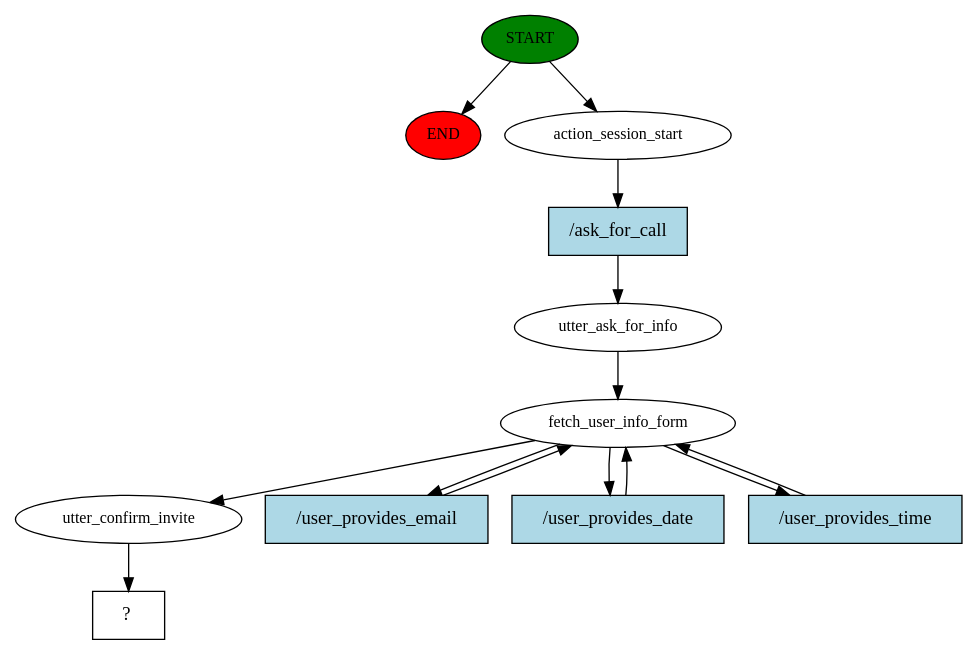
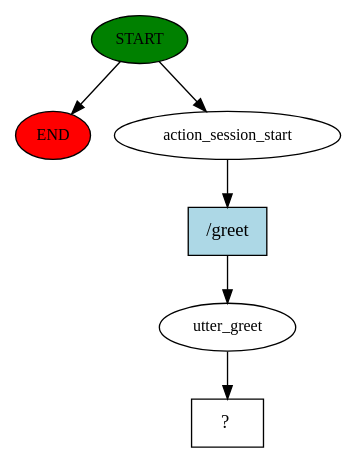
Before and after one commit to anshumankmr/rasa-chat-bot: the diagram in story_graph.dot, drawn with Graphviz. The commit also changed 1 other file, not shown here.

Commit message:
Handle Deviations in User Form Rule

```diff
--- a/story_graph.dot
+++ b/story_graph.dot
@@ -1,26 +1,13 @@
 digraph  {
 0 [class="start active", fillcolor=green, fontsize=12, label=START, style=filled];
 "-1" [class=end, fillcolor=red, fontsize=12, label=END, style=filled];
 1 [class=active, fontsize=12, label=action_session_start];
-2 [class=active, fontsize=12, label=utter_ask_for_info];
-3 [class=active, fontsize=12, label=fetch_user_info_form];
-7 [class=active, fontsize=12, label=utter_confirm_invite];
-8 [class="intent dashed active", label="  ?  ", shape=rect];
-9 [class="intent active", fillcolor=lightblue, label="/ask_for_call", shape=rect, style=filled];
-10 [class="intent active", fillcolor=lightblue, label="/user_provides_email", shape=rect, style=filled];
-11 [class="intent active", fillcolor=lightblue, label="/user_provides_date", shape=rect, style=filled];
-12 [class="intent active", fillcolor=lightblue, label="/user_provides_time", shape=rect, style=filled];
+2 [class=active, fontsize=12, label=utter_greet];
+3 [class="intent dashed active", label="  ?  ", shape=rect];
+4 [class="intent active", fillcolor=lightblue, label="/greet", shape=rect, style=filled];
 0 -> "-1"  [class="", key=NONE, label=""];
 0 -> 1  [class=active, key=NONE, label=""];
-1 -> 9  [class=active, key=0];
+1 -> 4  [class=active, key=0];
 2 -> 3  [class=active, key=NONE, label=""];
-3 -> 7  [class=active, key=NONE, label=""];
-3 -> 10  [class=active, key=0];
-3 -> 11  [class=active, key=0];
-3 -> 12  [class=active, key=0];
-7 -> 8  [class=active, key=NONE, label=""];
-9 -> 2  [class=active, key=0];
-10 -> 3  [class=active, key=0];
-11 -> 3  [class=active, key=0];
-12 -> 3  [class=active, key=0];
+4 -> 2  [class=active, key=0];
 }
```
